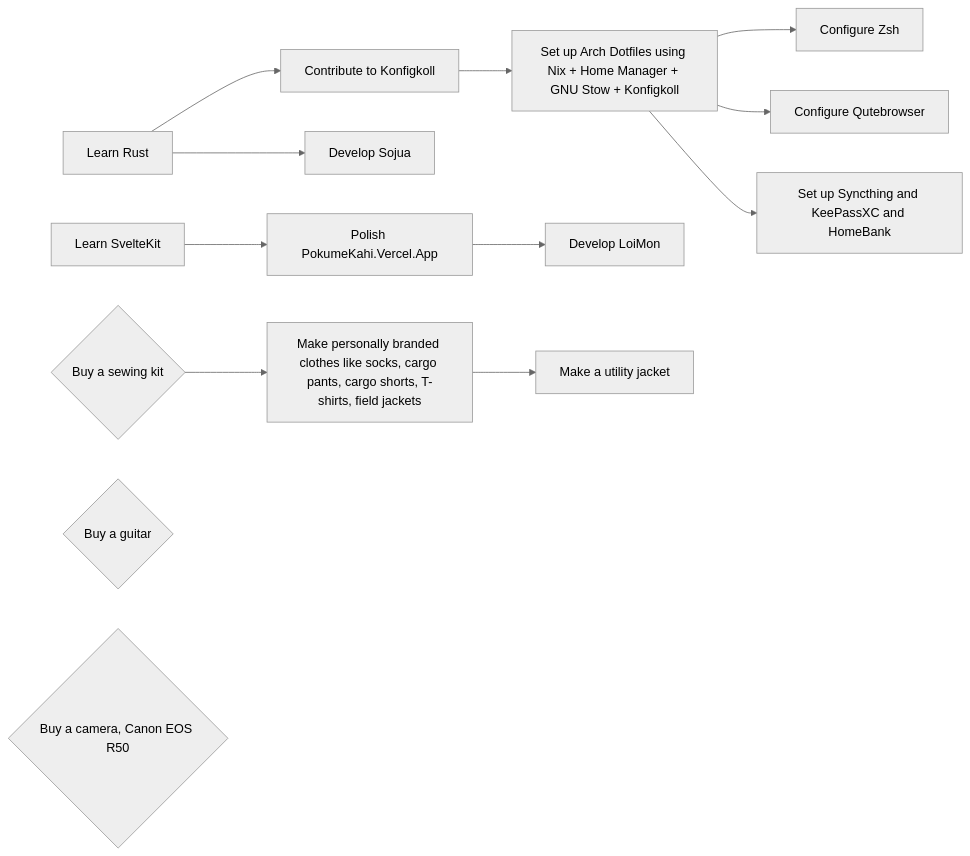
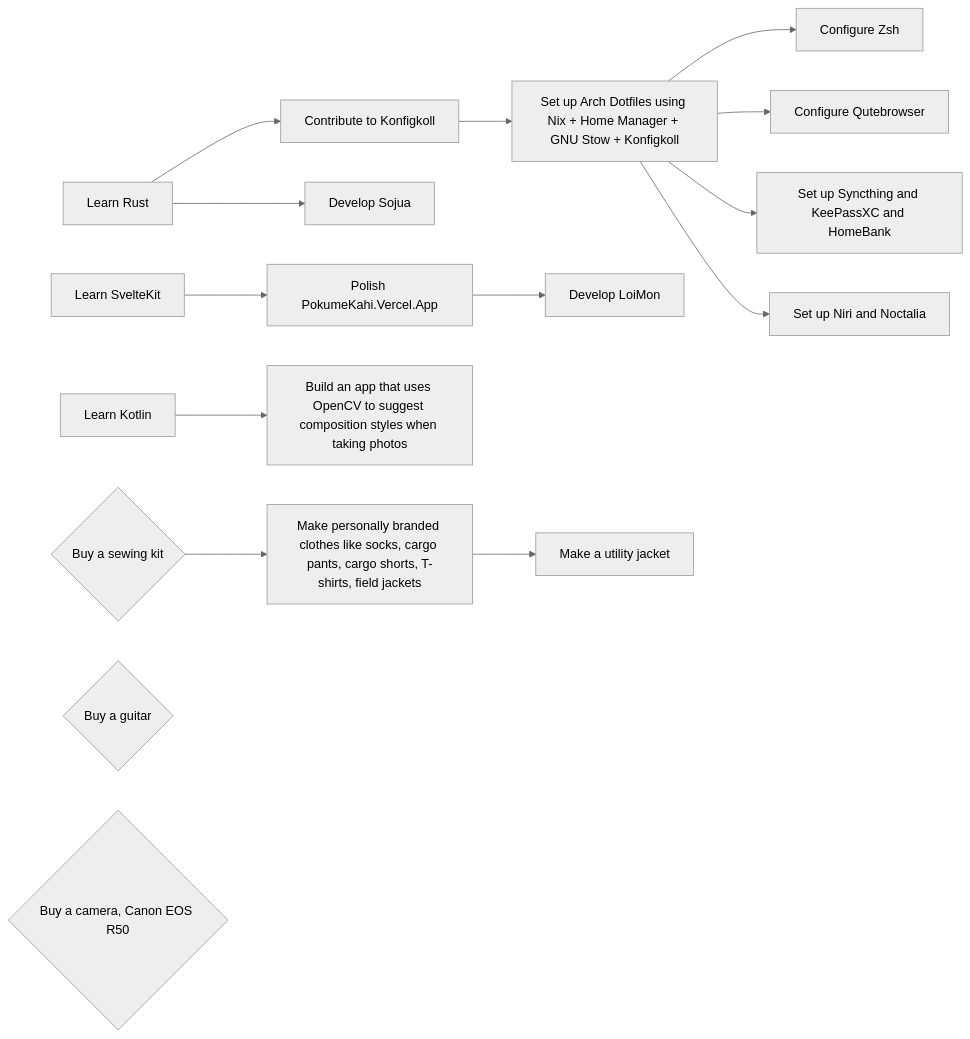
Before and after one commit to PokumeKachi/ybiau: the first of 3 diagrams in notes/td7kggh8.md, drawn with Mermaid (neutral theme). The commit also changed other lines of this file, not shown here.

````diff
--- a/notes/td7kggh8.md
+++ b/notes/td7kggh8.md
@@ -13,29 +13,33 @@
 ```mermaid
 graph LR
 
 Rust[Learn Rust]
 
     Rust-->Konfigkoll[Contribute to Konfigkoll]
 
         Konfigkoll-->Dotfiles[Set up Arch Dotfiles using Nix + Home Manager + GNU Stow + Konfigkoll]
 
             Dotfiles-->Zsh[Configure Zsh]
             Dotfiles-->Qute[Configure Qutebrowser]
             Dotfiles-->Security[Set up Syncthing and KeePassXC and HomeBank]
+            Dotfiles-->Tiling[Set up Niri and Noctalia]
 
     Rust-->Sojua[Develop Sojua]
 
 SvelteKit[Learn SvelteKit]
     SvelteKit-->Vercel[Polish PokumeKahi.Vercel.App]
         Vercel-->LoiMon[Develop LoiMon]
+
+Kotlin[Learn Kotlin]
+    Kotlin-->UltraCam[Build an app that uses OpenCV to suggest composition styles when taking photos]
 
 
 Sew{Buy a sewing kit}
 
     Sew-->Personal[Make personally branded clothes like socks, cargo pants, cargo shorts, T-shirts, field jackets]
         Personal-->Jacket[Make a utility jacket]
 
 Guitar{Buy a guitar}
 
 Photo{Buy a camera, Canon EOS R50}
 ```
````
